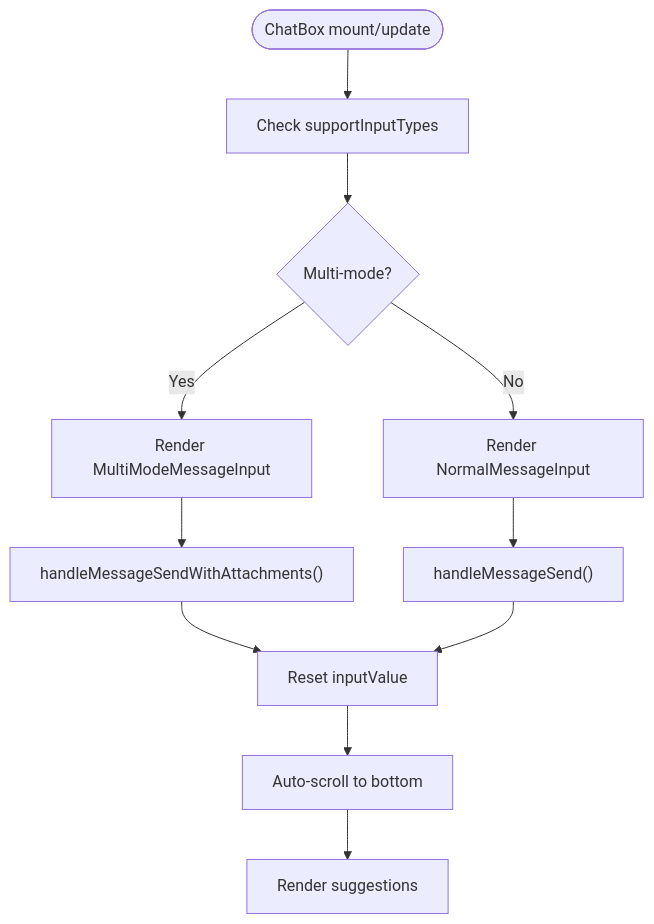
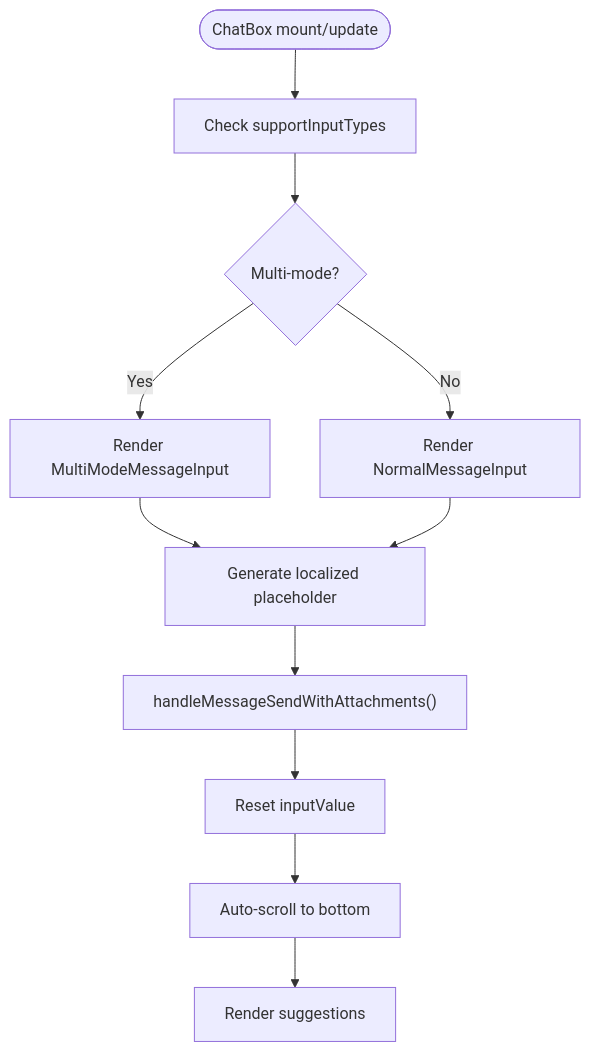
Before and after one commit to alibaba/tron-one-agent: the fourth of 9 diagrams in .qoder/repowiki/en/content/Frontend Architecture/React Component Structure.md, drawn with Mermaid. The commit also changed other lines of this file and 8 other files, not shown here.

````diff
--- a/.qoder/repowiki/en/content/Frontend Architecture/React Component Structure.md
+++ b/.qoder/repowiki/en/content/Frontend Architecture/React Component Structure.md
@@ -135,13 +272,13 @@
 ```mermaid
 flowchart TD
 Start(["ChatBox mount/update"]) --> ModeCheck["Check supportInputTypes"]
 ModeCheck --> IsMulti{"Multi-mode?"}
 IsMulti --> |Yes| RenderMMI["Render MultiModeMessageInput"]
 IsMulti --> |No| RenderNMI["Render NormalMessageInput"]
-RenderMMI --> SendAttach["handleMessageSendWithAttachments()"]
-RenderNMI --> SendText["handleMessageSend()"]
+RenderMMI --> Placeholder["Generate localized placeholder"]
+RenderNMI --> Placeholder
+Placeholder --> SendAttach["handleMessageSendWithAttachments()"]
 SendAttach --> ScrollReset["Reset inputValue"]
-SendText --> ScrollReset
 ScrollReset --> AutoScroll["Auto-scroll to bottom"]
 AutoScroll --> Suggestions["Render suggestions"]
 ```
````
